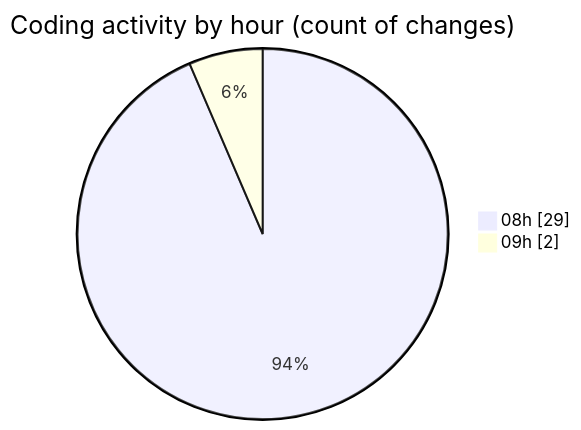
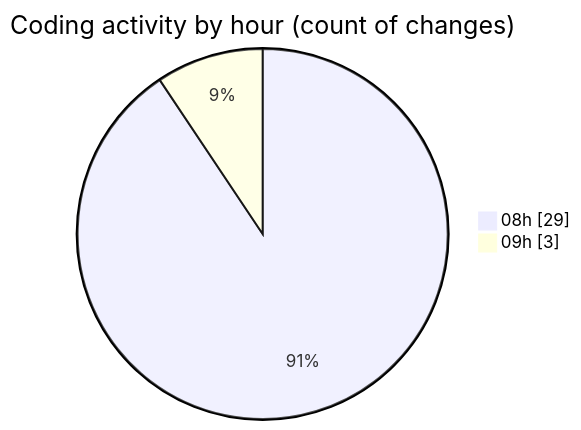
Before and after one commit to momahboobian/code-tracking: the second of 2 diagrams in 2025-04-09/cda/README.md, drawn with Mermaid. The commit also changed other lines of this file and 1 other file, not shown here.

````diff
--- a/2025-04-09/cda/README.md
+++ b/2025-04-09/cda/README.md
@@ -33,6 +33,6 @@
 ```mermaid
 pie showData
 title Coding activity by hour (count of changes)
 "08h" : 29
-"09h" : 2
+"09h" : 3
 ```
````
